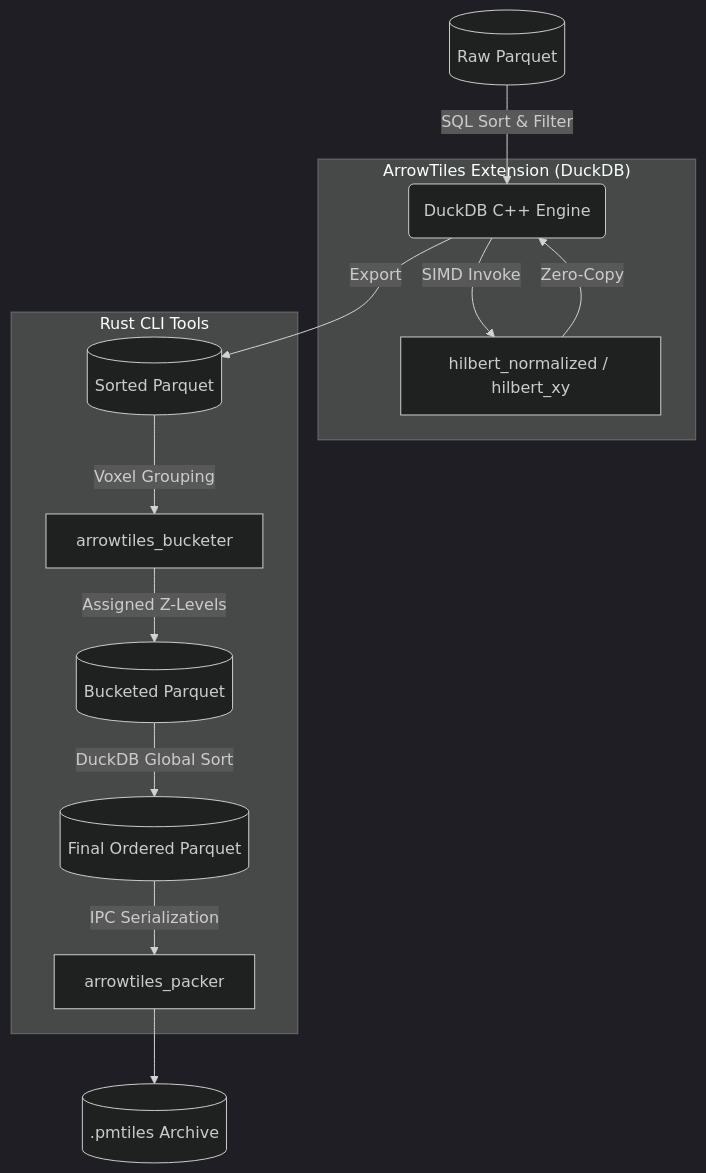
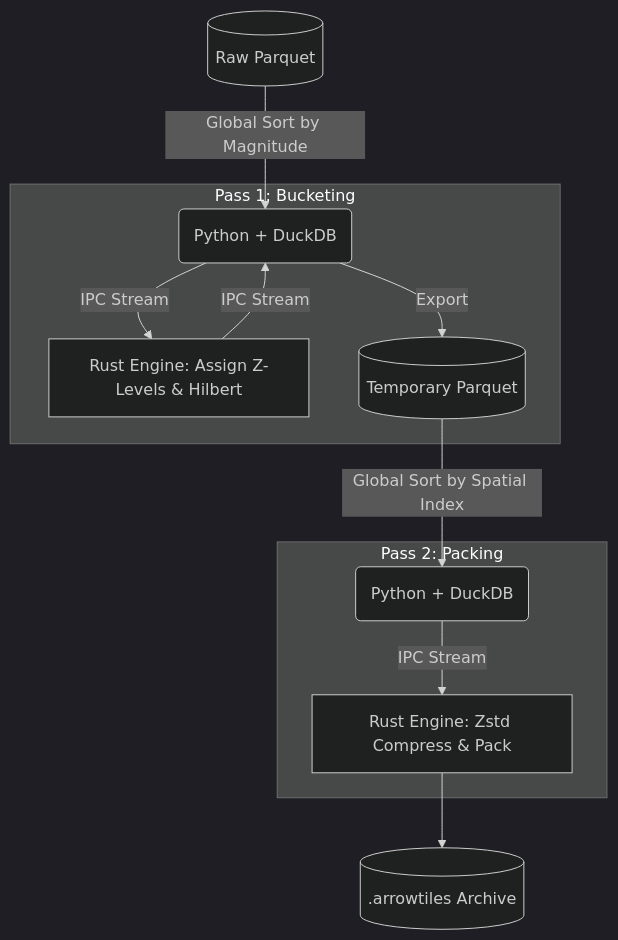
The diagram in README.md (kai-erlenbusch/duckdb-arrowtiles), drawn with Mermaid (dark theme) before and after one commit. The commit also changed other lines of this file and 45 other files, not shown here.

Commit message:
docs: overhaul README with new architecture, roadmap, and benchmarks

````diff
--- a/README.md
+++ b/README.md
@@ -16,20 +27,17 @@
 ```mermaid
 graph TD
-    A[(Raw Parquet)] -->|SQL Sort & Filter| B(DuckDB C++ Engine)
+    A[(Raw Parquet)] -->|Global Sort by Magnitude| DDB1(Python + DuckDB)
     
-    subgraph "ArrowTiles Extension (DuckDB)"
-        B -->|SIMD Invoke| UDF[hilbert_normalized / hilbert_xy]
-        UDF -->|Zero-Copy| B
+    subgraph "Pass 1: Bucketing"
+        DDB1 -->|IPC Stream| RUST1[Rust Engine: Assign Z-Levels & Hilbert]
+        RUST1 -->|IPC Stream| DDB1
+        DDB1 -->|Export| TEMP[(Temporary Parquet)]
     end
     
-    B -->|Export| C[(Sorted Parquet)]
-    
-    subgraph "Rust CLI Tools"
-        C -->|Voxel Grouping| BUCKET[arrowtiles_bucketer]
-        BUCKET -->|Assigned Z-Levels| D[(Bucketed Parquet)]
-        D -->|DuckDB Global Sort| E[(Final Ordered Parquet)]
-        E -->|IPC Serialization| PACK[arrowtiles_packer]
+    subgraph "Pass 2: Packing"
+        TEMP -->|Global Sort by Spatial Index| DDB2(Python + DuckDB)
+        DDB2 -->|IPC Stream| RUST2[Rust Engine: Zstd Compress & Pack]
     end
     
-    PACK --> S3[(.pmtiles Archive)]
+    RUST2 --> S3[(.arrowtiles Archive)]
 ```
````
